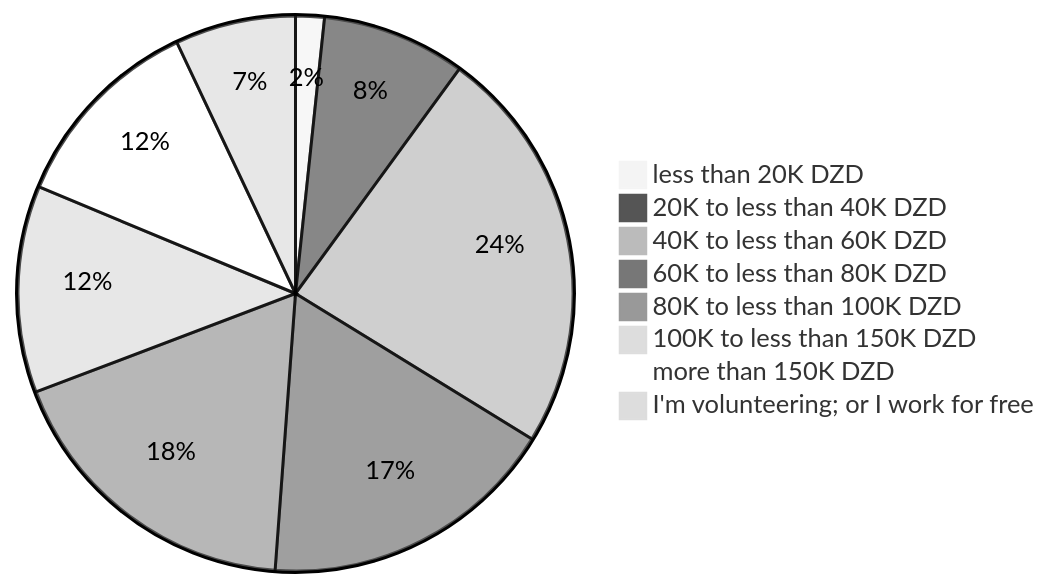
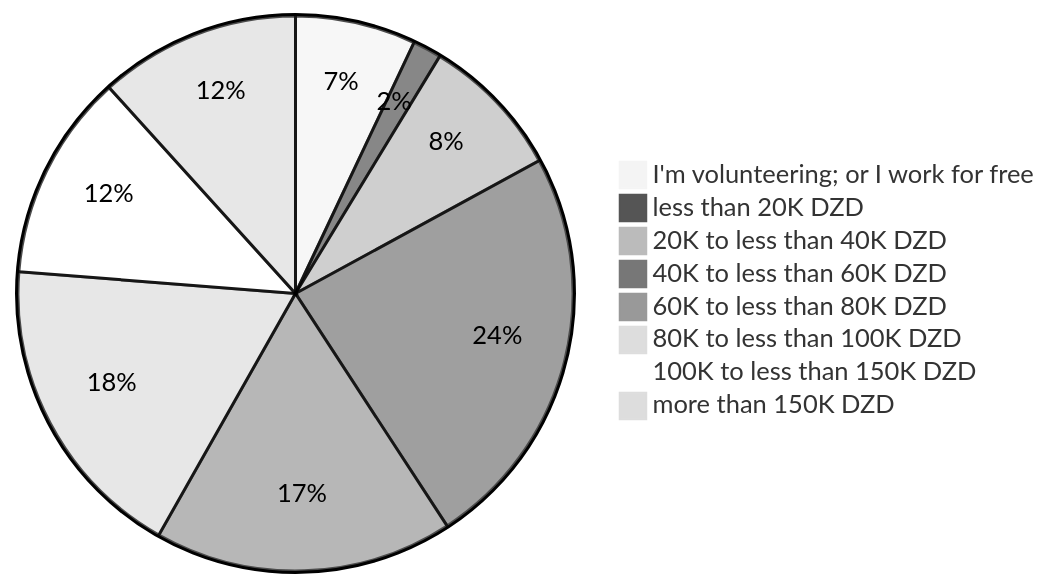
One commit to Fcmam5/state-of-dz-swe-2024 changed the first of 10 diagrams in website/docs/insights/remuneration.md. Above: the diagram before and after it, drawn with Mermaid (neutral theme). The commit also changed other lines of this file, not shown here.

````diff
--- a/website/docs/insights/remuneration.md
+++ b/website/docs/insights/remuneration.md
@@ -18,12 +18,12 @@
 ```mermaid
 pie
+    "I'm volunteering; or I work for free" : 21
     "less than 20K DZD" : 5
     "20K to less than 40K DZD" : 25
     "40K to less than 60K DZD" : 71
     "60K to less than 80K DZD" : 52
     "80K to less than 100K DZD" : 54
     "100K to less than 150K DZD" : 36
     "more than 150K DZD" : 35
-    "I'm volunteering; or I work for free" : 21
-   
+    
 ```
````
